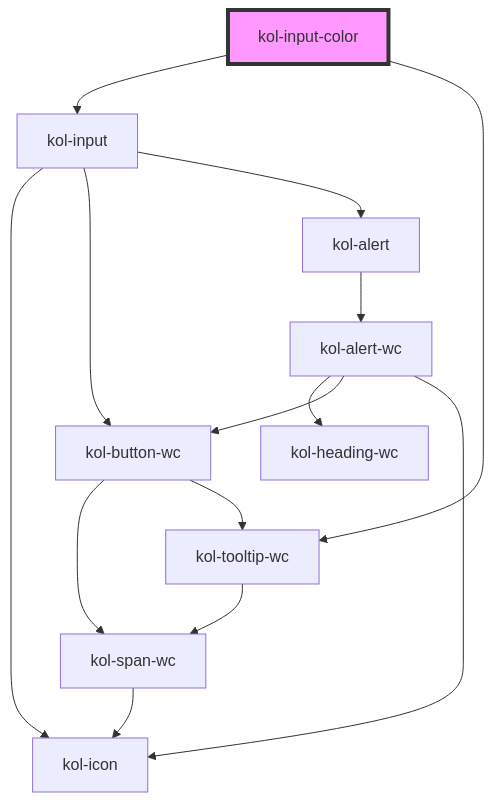
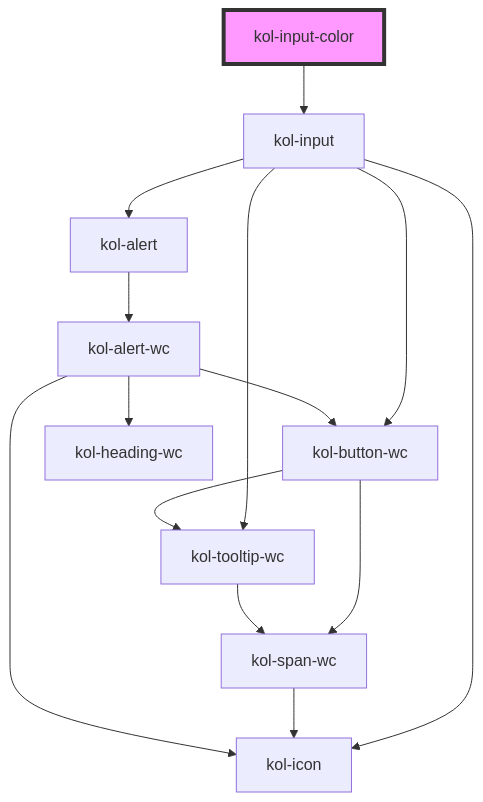
The diagram in packages/components/src/components/input-color/readme.md (public-ui/kolibri), drawn with Mermaid before and after one commit. The commit also changed other lines of this file and 69 other files, not shown here.

Commit message:
refactor: input tooltip samples

````diff
--- a/packages/components/src/components/input-color/readme.md
+++ b/packages/components/src/components/input-color/readme.md
@@ -87,17 +86,17 @@
 ```mermaid
 graph TD;
   kol-input-color --> kol-input
-  kol-input-color --> kol-tooltip-wc
   kol-input --> kol-icon
   kol-input --> kol-button-wc
+  kol-input --> kol-tooltip-wc
   kol-input --> kol-alert
   kol-button-wc --> kol-span-wc
   kol-button-wc --> kol-tooltip-wc
   kol-span-wc --> kol-icon
   kol-tooltip-wc --> kol-span-wc
   kol-alert --> kol-alert-wc
   kol-alert-wc --> kol-heading-wc
   kol-alert-wc --> kol-button-wc
   kol-alert-wc --> kol-icon
   style kol-input-color fill:#f9f,stroke:#333,stroke-width:4px
 ```
````
